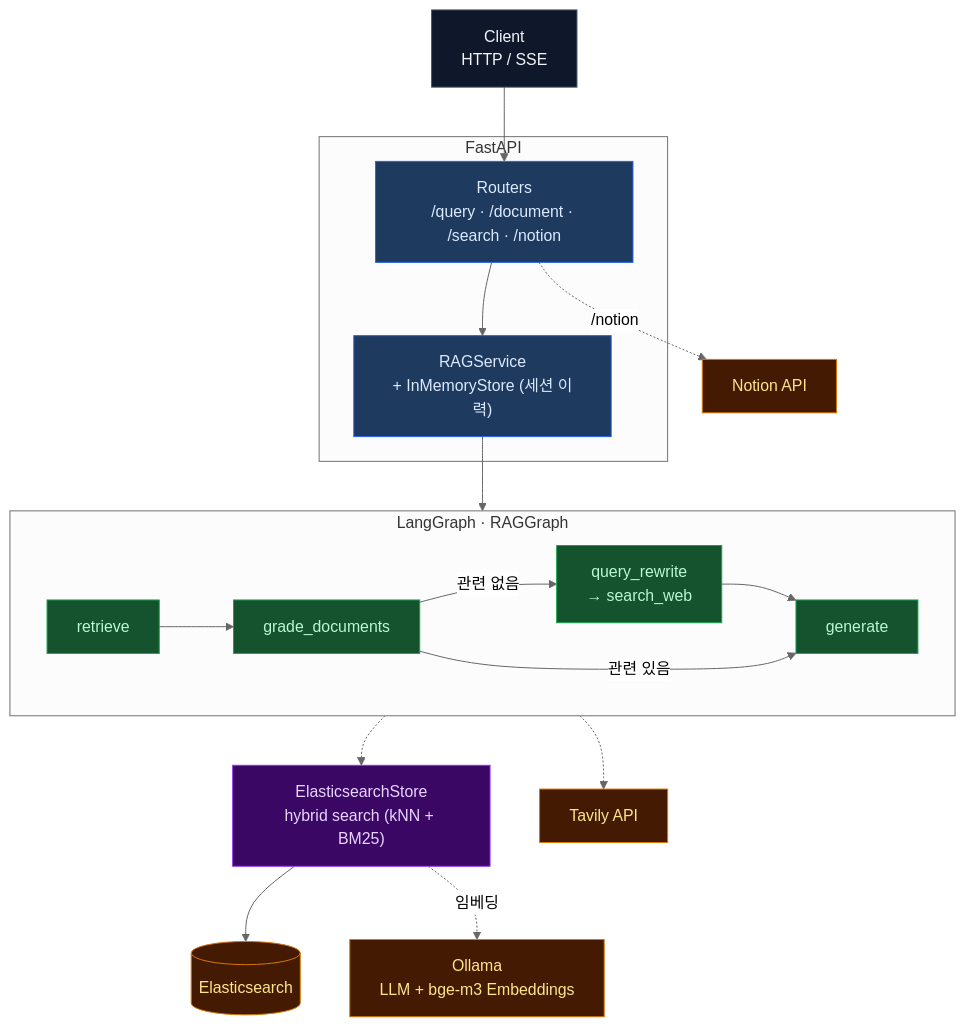
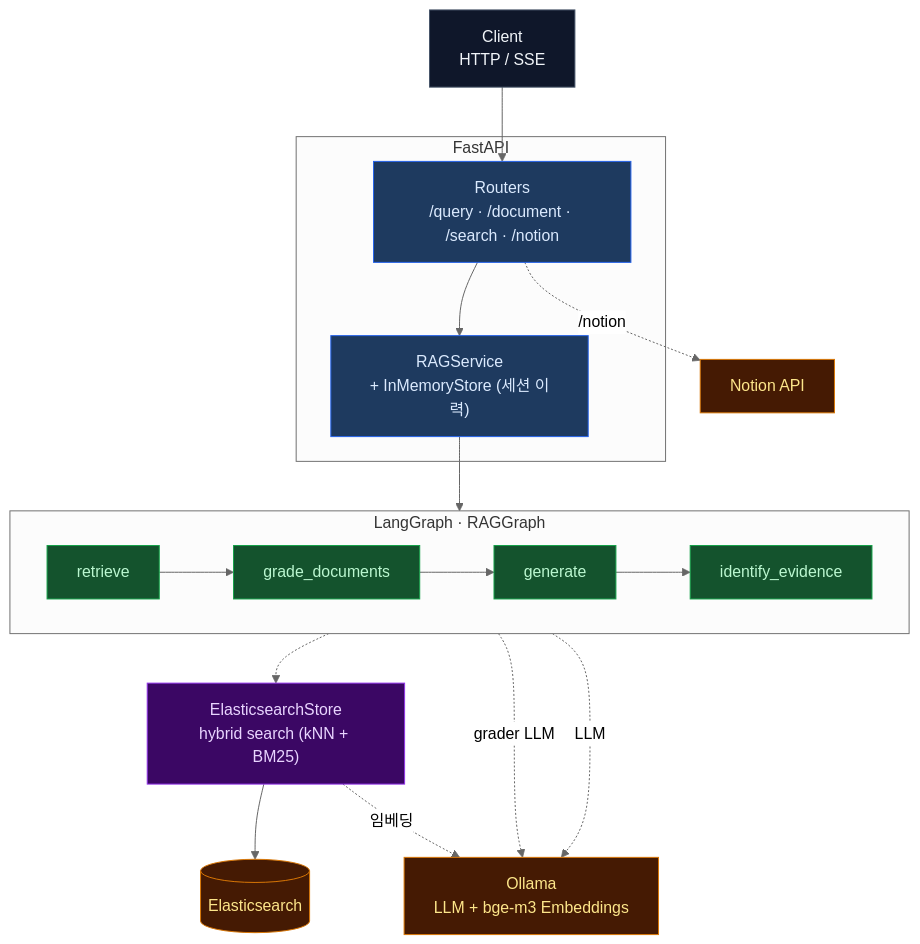
Before and after one commit to linkmind-ai/rag-project: the first of 3 diagrams in README.md, drawn with Mermaid (neutral theme). The commit also changed other lines of this file and 6 other files, not shown here.

````diff
--- a/README.md
+++ b/README.md
@@ -48,39 +49,37 @@
 ```mermaid
 flowchart TB
     classDef client fill:#0f172a,stroke:#475569,color:#f1f5f9
     classDef api    fill:#1e3a5f,stroke:#2563eb,color:#dbeafe
     classDef gnode  fill:#14532d,stroke:#16a34a,color:#bbf7d0
     classDef store  fill:#3b0764,stroke:#9333ea,color:#e9d5ff
     classDef ext    fill:#451a03,stroke:#d97706,color:#fde68a
 
     C["Client\nHTTP / SSE"]:::client
 
     subgraph API["FastAPI"]
         R["Routers\n/query · /document · /search · /notion"]:::api
         S["RAGService\n+ InMemoryStore (세션 이력)"]:::api
     end
 
     subgraph G["LangGraph · RAGGraph"]
         direction LR
         G1["retrieve"]:::gnode
         G2["grade_documents"]:::gnode
-        G3["query_rewrite\n→ search_web"]:::gnode
-        G4["generate"]:::gnode
-        G1 --> G2
-        G2 -->|관련 없음| G3 --> G4
-        G2 -->|관련 있음| G4
+        G3["generate"]:::gnode
+        G4["identify_evidence"]:::gnode
+        G1 --> G2 --> G3 --> G4
     end
 
     ES["ElasticsearchStore\nhybrid search (kNN + BM25)"]:::store
 
     ESDB[("Elasticsearch")]:::ext
     OLLAMA["Ollama\nLLM + bge-m3 Embeddings"]:::ext
-    TAVILY["Tavily API"]:::ext
     NOTION["Notion API"]:::ext
 
     C --> R --> S --> G
     G1 -.-> ES --> ESDB
     ES -.->|임베딩| OLLAMA
-    G3 -.-> TAVILY
+    G2 -.->|grader LLM| OLLAMA
+    G3 -.->|LLM| OLLAMA
     R -.->|/notion| NOTION
 ```
````
